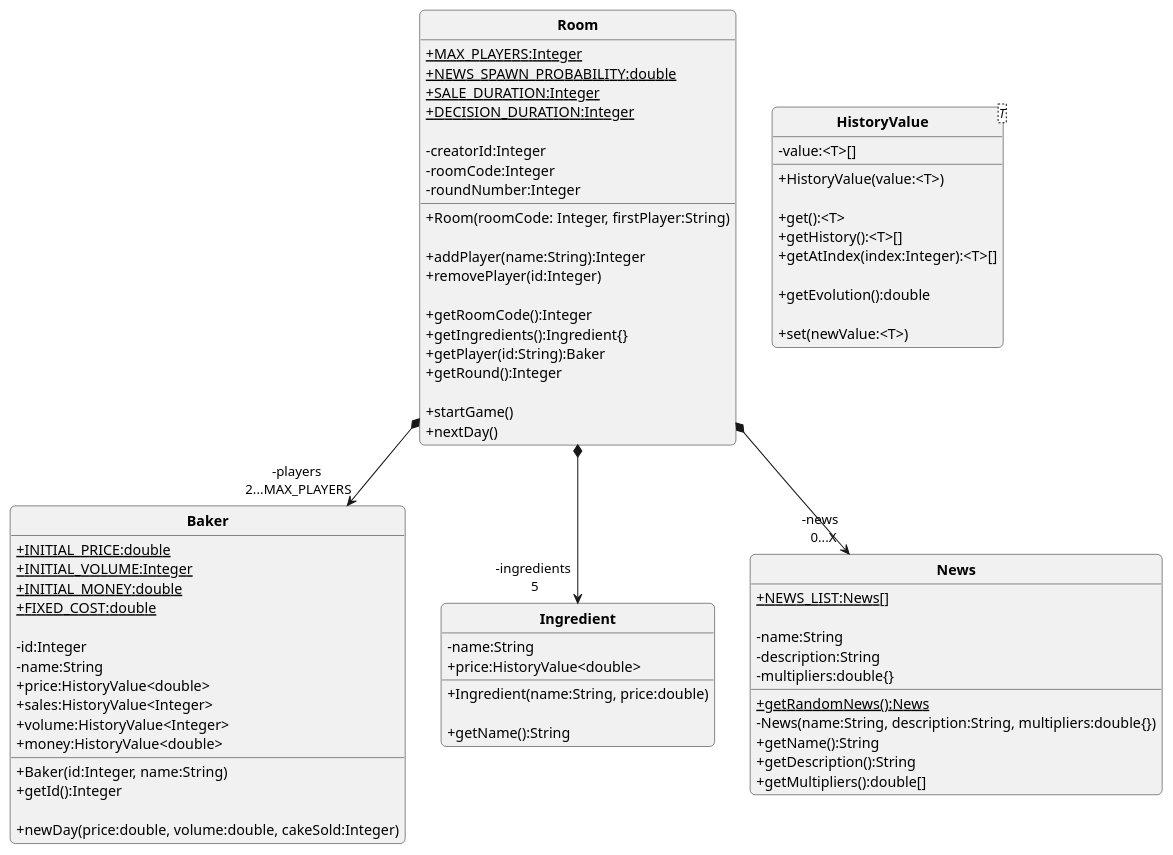
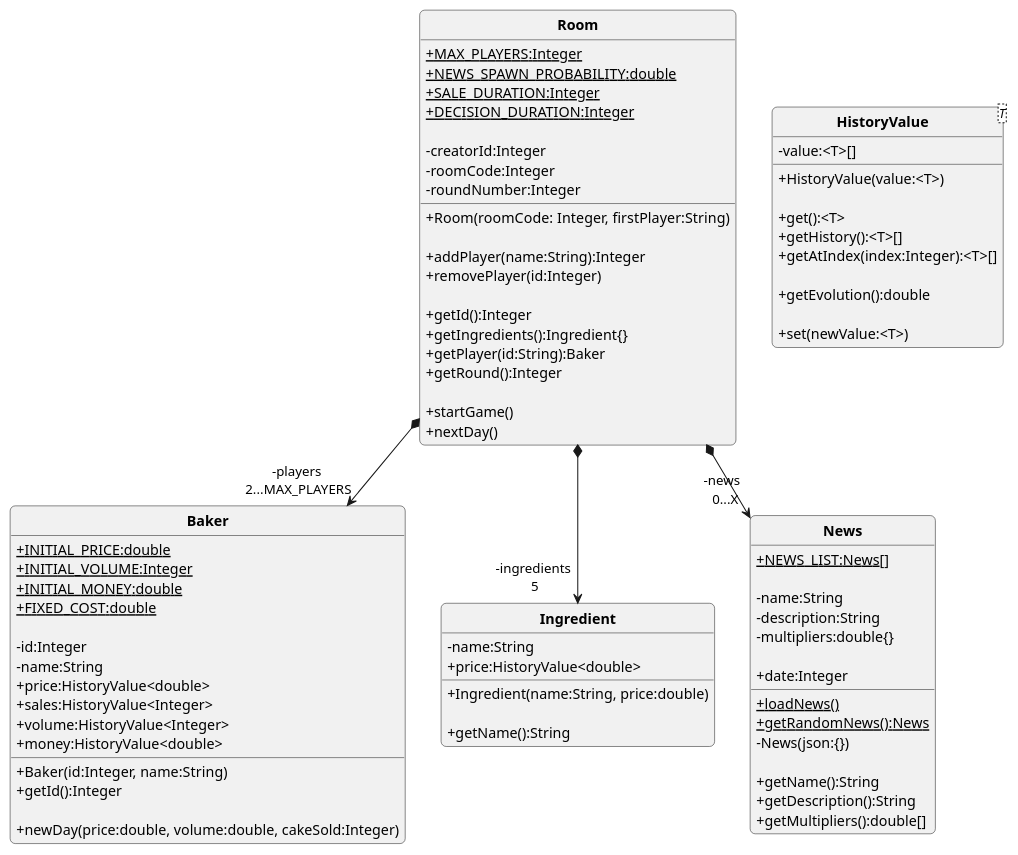
Before and after one commit to Les-Scrums-Masters/CakeIt: the diagram in diagrammeDeClasse.puml, drawn with PlantUML.

Commit message:
[UML] Updated UML

```diff
--- a/diagrammeDeClasse.puml
+++ b/diagrammeDeClasse.puml
@@ -1,103 +1,106 @@
 @startuml
 'https://plantuml.com/class-diagram
 
 skinparam style strictuml
 skinparam classAttributeIconSize 0
 skinparam classFontStyle Bold
 skinparam roundcorner 10
 hide enum methods
 
 class Room {
 
     + {static}MAX_PLAYERS:Integer
     + {static}NEWS_SPAWN_PROBABILITY:double
     + {static}SALE_DURATION:Integer
     + {static}DECISION_DURATION:Integer
 
     - creatorId:Integer
     - roomCode:Integer
     - roundNumber:Integer
     + Room(roomCode: Integer, firstPlayer:String)
 
     + addPlayer(name:String):Integer
     + removePlayer(id:Integer)
 
-    + getRoomCode():Integer
+    + getId():Integer
     + getIngredients():Ingredient{}
     + getPlayer(id:String):Baker
     + getRound():Integer
 
     + startGame()
     + nextDay()
 
 }
 
 Room *--> "-players \n2...MAX_PLAYERS" Baker
 Room *--> "-ingredients \n5" Ingredient
 Room *--> "-news \n 0...X" News
 
 class Baker {
 
     + {static}INITIAL_PRICE:double
     + {static}INITIAL_VOLUME:Integer
     + {static}INITIAL_MONEY:double
     + {static}FIXED_COST:double
     
     - id:Integer
     - name:String
     + price:HistoryValue<double>
     + sales:HistoryValue<Integer>
     + volume:HistoryValue<Integer>
     + money:HistoryValue<double>
 
     + Baker(id:Integer, name:String)
     + getId():Integer
 
     + newDay(price:double, volume:double, cakeSold:Integer)
 
 }
 
 class Ingredient {
 
     - name:String
     + price:HistoryValue<double>
 
     + Ingredient(name:String, price:double)
 
     + getName():String
 }
 
 class News {
 
     + {static}NEWS_LIST:News[]
+    + {static}loadNews()
     + {static}getRandomNews():News
 
     - name:String
     - description:String
     - multipliers:double{}
 
-    - News(name:String, description:String, multipliers:double{})
-    
+    + date:Integer
+
+    - News(json:{})
+
     + getName():String
     + getDescription():String
     + getMultipliers():double[]
 
 }
 
 class HistoryValue<T> {
 
     - value:<T>[]
 
     + HistoryValue(value:<T>)
 
     + get():<T>
     + getHistory():<T>[]
     + getAtIndex(index:Integer):<T>[]
 
     + getEvolution():double
 
     + set(newValue:<T>)
 
 }
 
 @enduml
```
